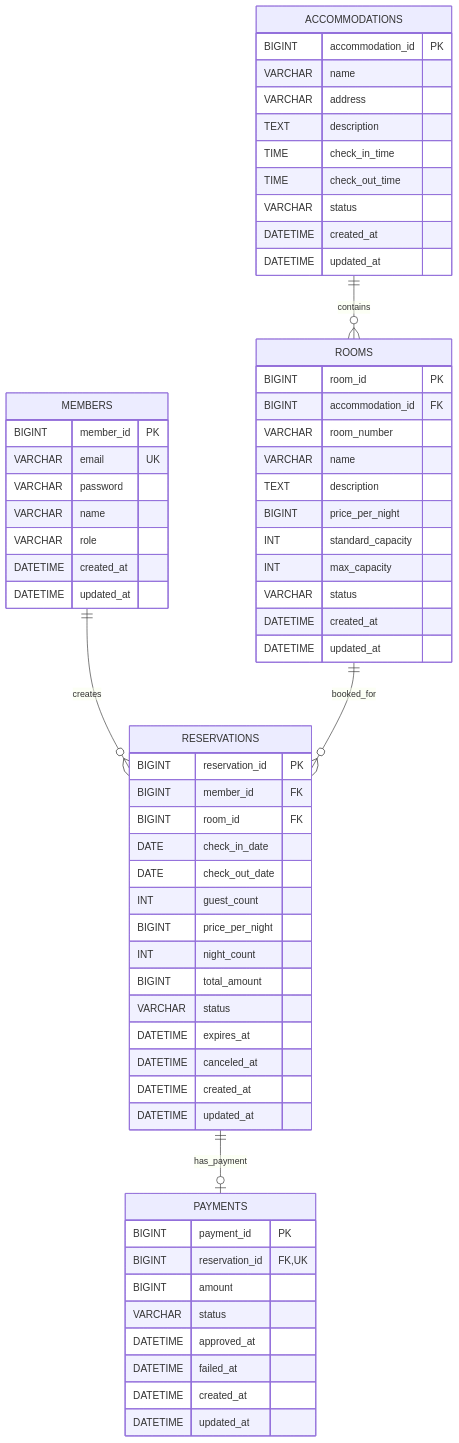
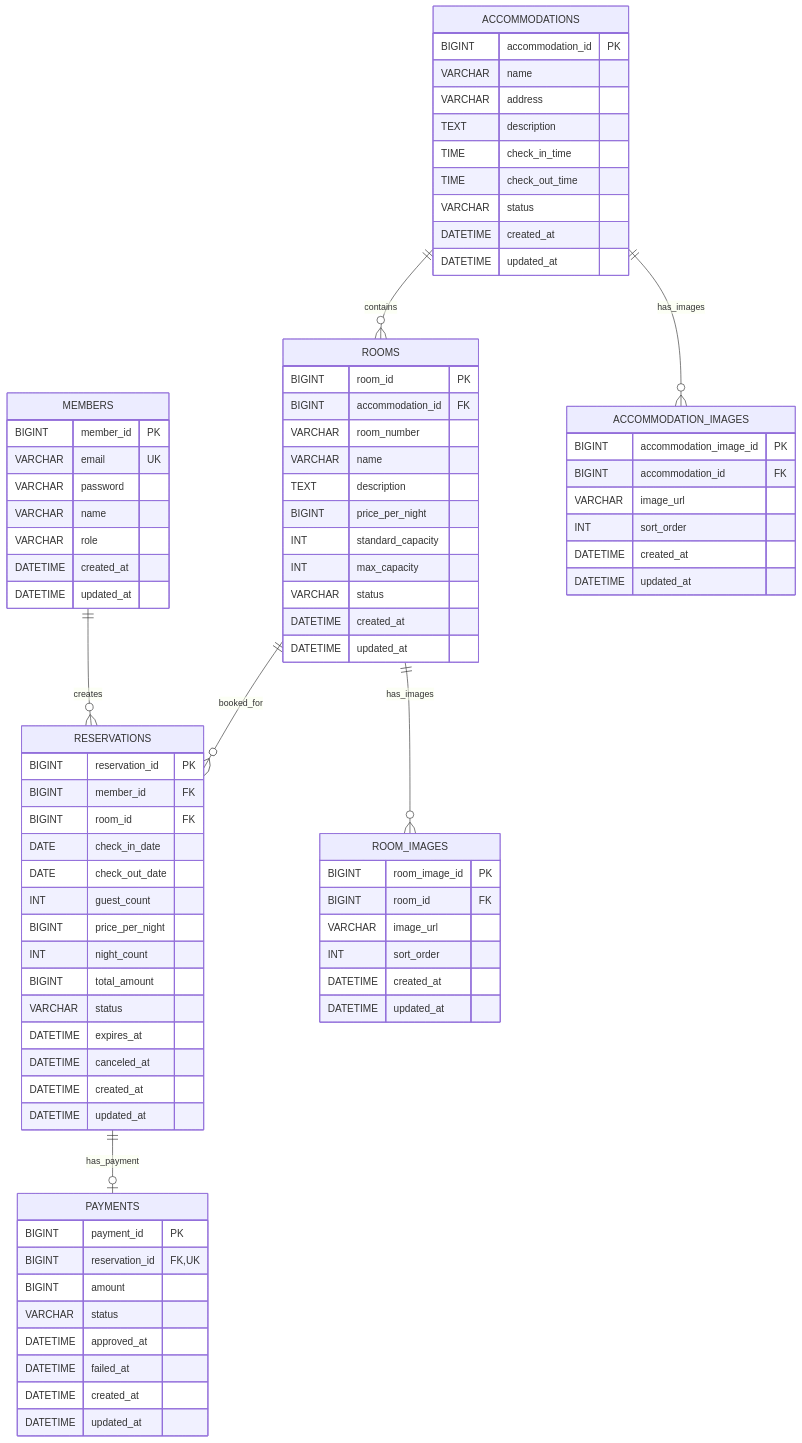
One commit to oHAHOo/roompick changed the diagram in docs/ERD.md. Above: the diagram before and after it, drawn with Mermaid. The commit also changed other lines of this file and 2 other files, not shown here.

Commit message:
docs: 이미지 업로드 기능 반영해 API 명세와 ERD 갱신

```diff
--- a/docs/ERD.md
+++ b/docs/ERD.md
@@ -28,6 +28,8 @@
 erDiagram
     MEMBERS ||--o{ RESERVATIONS : creates
     ACCOMMODATIONS ||--o{ ROOMS : contains
+    ACCOMMODATIONS ||--o{ ACCOMMODATION_IMAGES : has_images
+    ROOMS ||--o{ ROOM_IMAGES : has_images
     ROOMS ||--o{ RESERVATIONS : booked_for
     RESERVATIONS ||--o| PAYMENTS : has_payment
 
@@ -67,6 +69,24 @@
         DATETIME updated_at
     }
 
+    ACCOMMODATION_IMAGES {
+        BIGINT accommodation_image_id PK
+        BIGINT accommodation_id FK
+        VARCHAR image_url
+        INT sort_order
+        DATETIME created_at
+        DATETIME updated_at
+    }
+
+    ROOM_IMAGES {
+        BIGINT room_image_id PK
+        BIGINT room_id FK
+        VARCHAR image_url
+        INT sort_order
+        DATETIME created_at
+        DATETIME updated_at
+    }
+
     RESERVATIONS {
         BIGINT reservation_id PK
         BIGINT member_id FK
```
